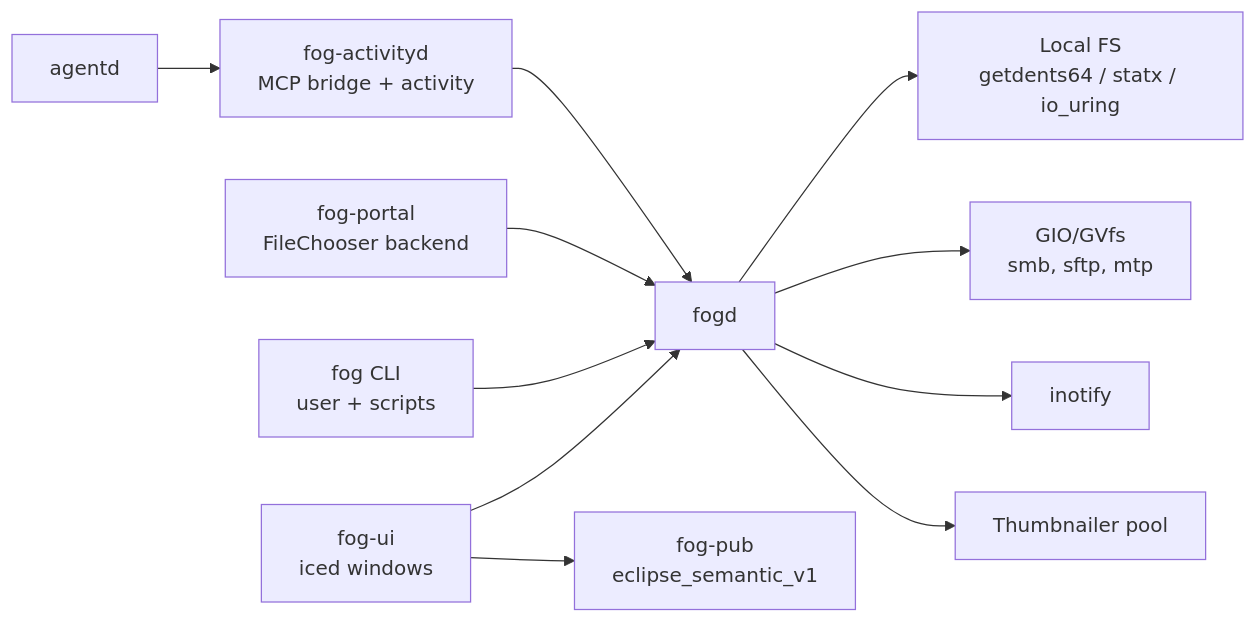
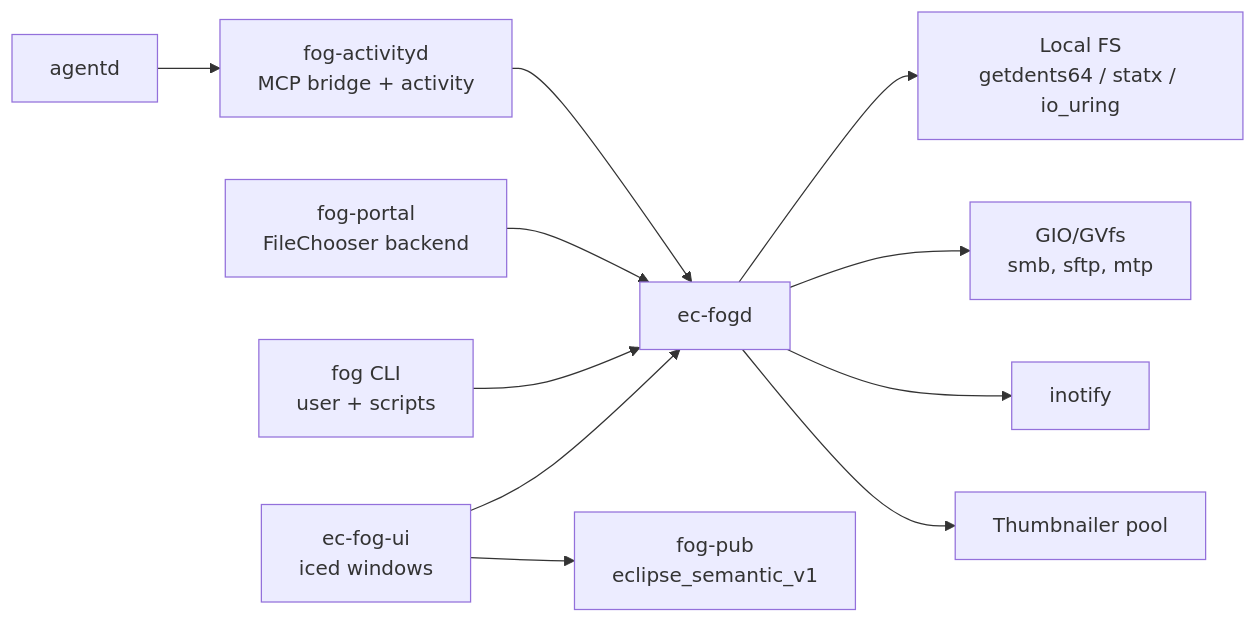
One commit to chasebrowndev/EclipseOS changed the first of 2 diagrams in fog/FOG-SPEC.md. Above: the diagram before and after it, drawn with Mermaid. The commit also changed other lines of this file and 315 other files, not shown here.

````diff
--- a/fog/FOG-SPEC.md
+++ b/fog/FOG-SPEC.md
@@ -73,12 +73,12 @@
 ```mermaid
 flowchart LR
-  UI[fog-ui<br/>iced windows] --> D
+  UI[ec-fog-ui<br/>iced windows] --> D
   CLI[fog CLI<br/>user + scripts] --> D
   P[fog-portal<br/>FileChooser backend] --> D
   AG[agentd] --> FA[fog-activityd<br/>MCP bridge + activity] --> D
-  D[fogd] --> FS[Local FS<br/>getdents64 / statx / io_uring]
+  D[ec-fogd] --> FS[Local FS<br/>getdents64 / statx / io_uring]
   D --> G[GIO/GVfs<br/>smb, sftp, mtp]
   D --> W[inotify]
   D --> T[Thumbnailer pool]
   UI --> PUB[fog-pub<br/>eclipse_semantic_v1]
 ```
````
